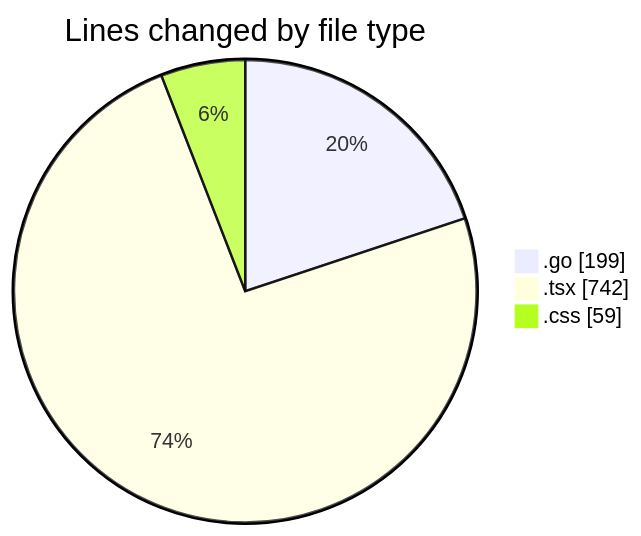
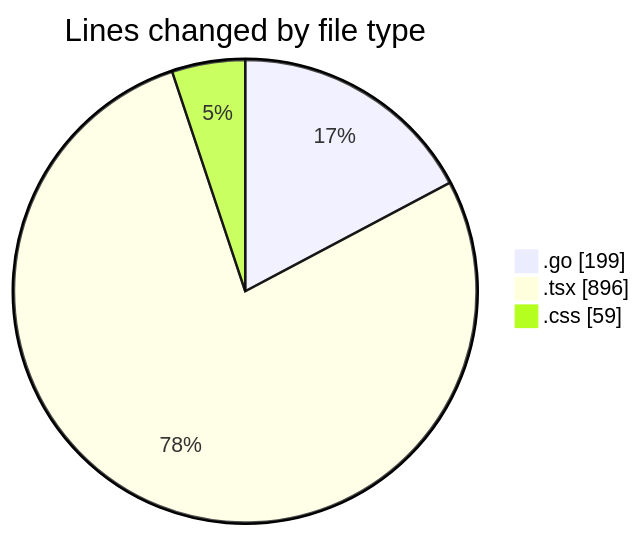
One commit to robertbonfada/code-tracking changed the first of 2 diagrams in 2025-03-11/termonied_testador/README.md. Above: the diagram before and after it, drawn with Mermaid. The commit also changed other lines of this file and 1 other file, not shown here.

````diff
--- a/2025-03-11/termonied_testador/README.md
+++ b/2025-03-11/termonied_testador/README.md
@@ -28,7 +28,7 @@
 ```mermaid
 pie showData
 title Lines changed by file type
 ".go" : 199
-".tsx" : 742
+".tsx" : 896
 ".css" : 59
 ```
````
